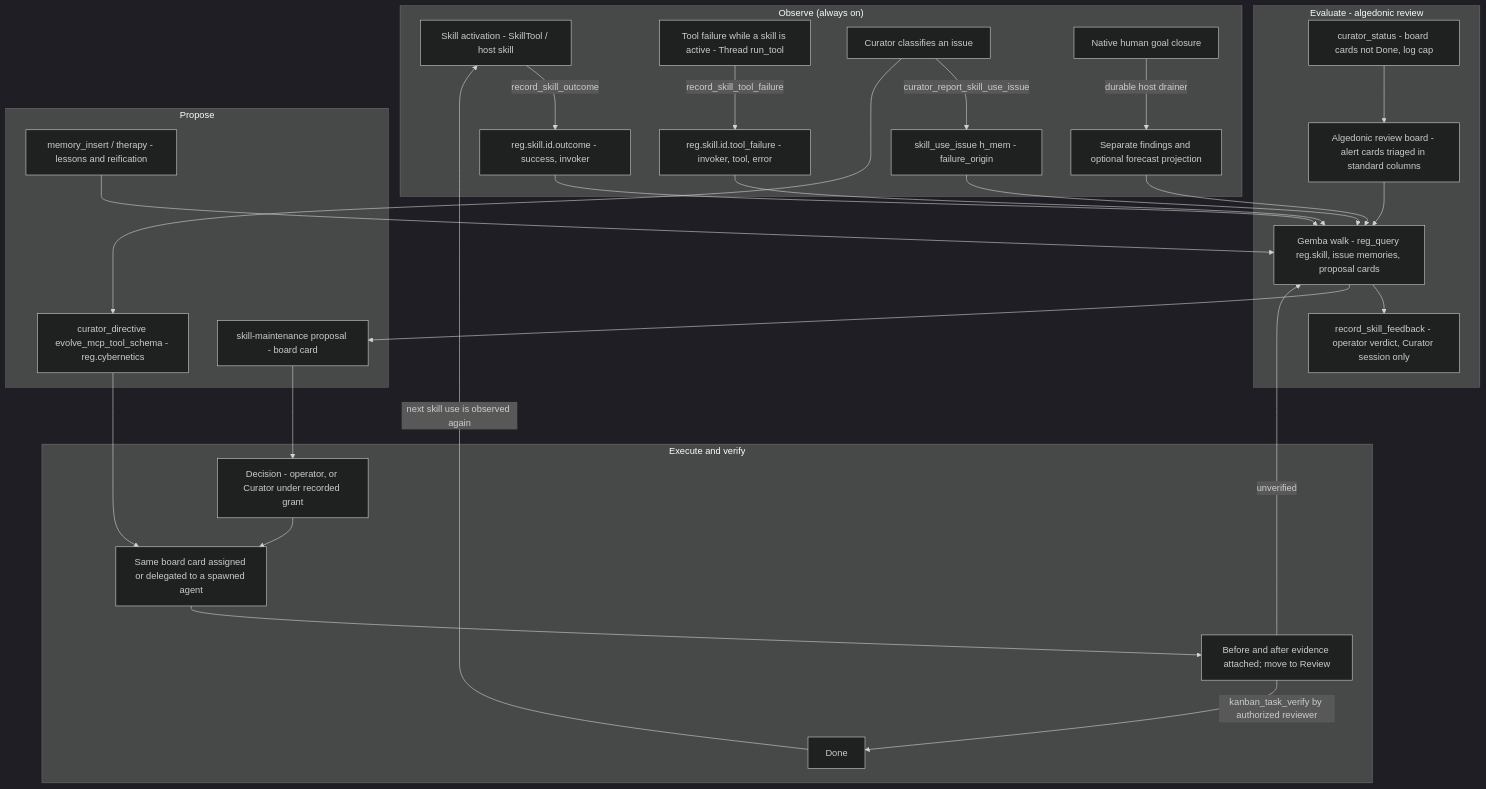
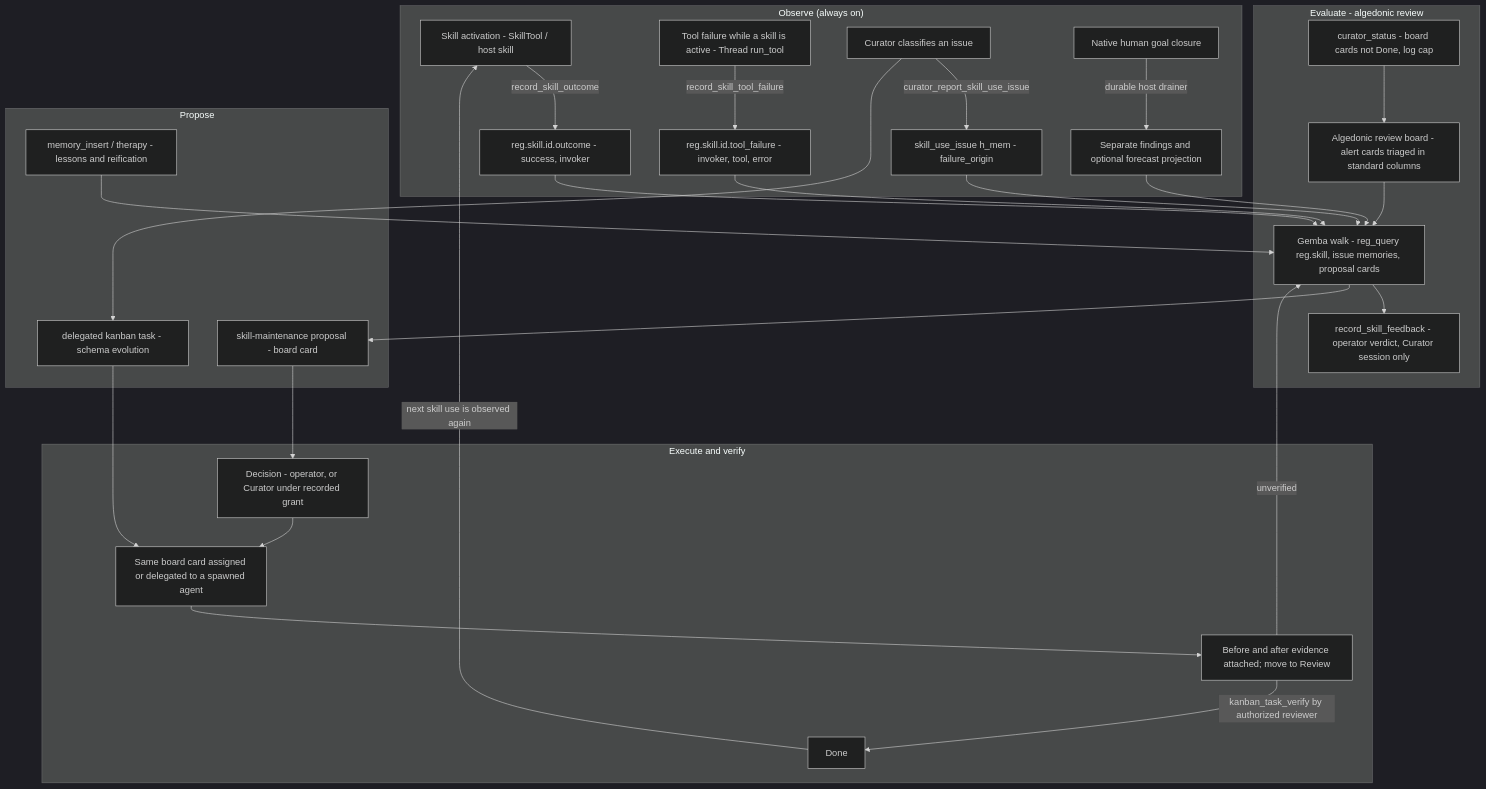
One commit to mdz-axo/zed-kask changed the seventh of 7 diagrams in kask/docs/diagrams/architecture.md. Above: the diagram before and after it, drawn with Mermaid (dark theme). The commit also changed other lines of this file and 7 other files, not shown here.

Commit message:
docs(skills,diagrams): update 61-skill inventory, add DIAG-SKILL-COMPOSITION-001, restore doc/diagram gate parity

````diff
--- a/kask/docs/diagrams/architecture.md
+++ b/kask/docs/diagrams/architecture.md
@@ -489,35 +489,35 @@
 ```mermaid
 flowchart TD
     subgraph Observe["Observe (always on)"]
         A[Skill activation - SkillTool / host skill] -->|record_skill_outcome| O1[reg.skill.id.outcome - success, invoker]
         B[Tool failure while a skill is active - Thread run_tool] -->|record_skill_tool_failure| O2[reg.skill.id.tool_failure - invoker, tool, error]
         C[Curator classifies an issue] -->|curator_report_skill_use_issue| O3[skill_use_issue h_mem - failure_origin]
         G[Native human goal closure] -->|durable host drainer| O4[Separate findings and optional forecast projection]
     end
     subgraph Evaluate["Evaluate - algedonic review"]
         S[curator_status - board cards not Done, log cap] --> R[Algedonic review board - alert cards triaged in standard columns]
         R --> W[Gemba walk - reg_query reg.skill, issue memories, proposal cards]
         W --> V[record_skill_feedback - operator verdict, Curator session only]
     end
     subgraph Propose
         P1[skill-maintenance proposal - board card]
-        P2[curator_directive evolve_mcp_tool_schema - reg.cybernetics]
+        P2[delegated kanban task - schema evolution]
         P3[memory_insert / therapy - lessons and reification]
     end
     subgraph Execute["Execute and verify"]
         D[Decision - operator, or Curator under recorded grant] --> K[Same board card assigned or delegated to a spawned agent]
         K --> T[Before and after evidence attached; move to Review]
         T -->|kanban_task_verify by authorized reviewer| Done[Done]
         T -->|unverified| W
     end
     O1 --> W
     O2 --> W
     O3 --> W
     O4 --> W
     W --> P1
     C --> P2
     P1 --> D
     P2 --> K
     P3 --> W
     Done -->|next skill use is observed again| A
 ```
````
